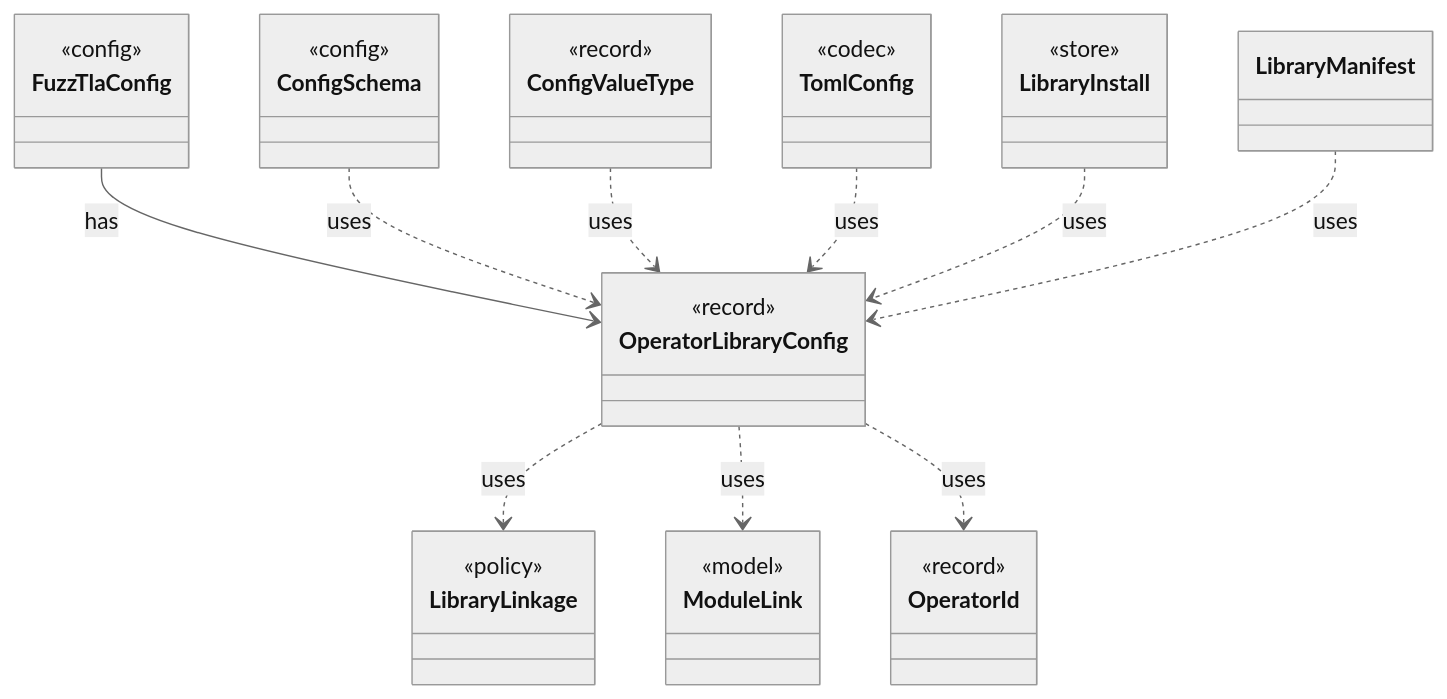
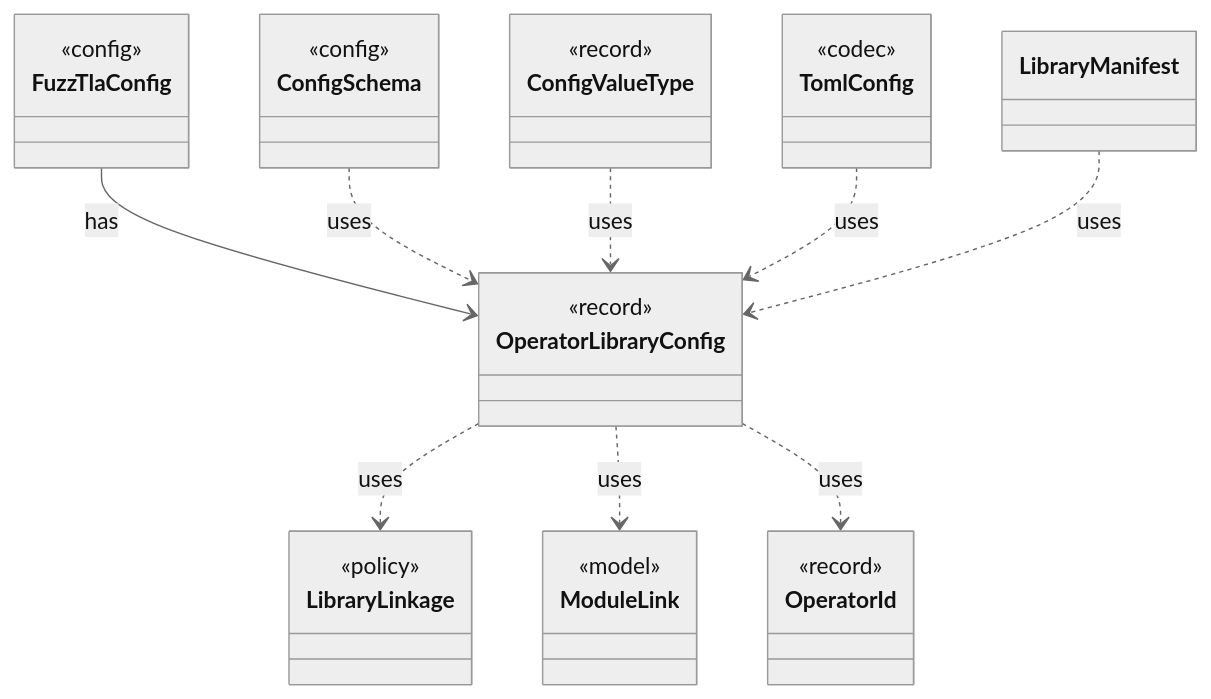
Before and after one commit to tlaplus/model-checker-hardening: the diagram in dev/types/io.github.tlaplus.hardening.config.OperatorLibraryConfig.md, drawn with Mermaid (neutral theme). The commit also changed other lines of this file and 413 other files, not shown here.

````diff
--- a/dev/types/io.github.tlaplus.hardening.config.OperatorLibraryConfig.md
+++ b/dev/types/io.github.tlaplus.hardening.config.OperatorLibraryConfig.md
@@ -7,40 +7,36 @@
 ```mermaid
 classDiagram
   class OperatorLibraryConfig {
     <<record>>
   }
   class FuzzTlaConfig {
     <<config>>
   }
   class LibraryLinkage {
     <<policy>>
   }
   class ModuleLink {
     <<model>>
   }
   class OperatorId {
     <<record>>
   }
   class ConfigSchema {
     <<config>>
   }
   class ConfigValueType {
     <<record>>
   }
   class TomlConfig {
     <<codec>>
   }
-  class LibraryInstall {
-    <<store>>
-  }
   class LibraryManifest
   FuzzTlaConfig --> OperatorLibraryConfig : has
   OperatorLibraryConfig ..> LibraryLinkage : uses
   OperatorLibraryConfig ..> ModuleLink : uses
   OperatorLibraryConfig ..> OperatorId : uses
   ConfigSchema ..> OperatorLibraryConfig : uses
   ConfigValueType ..> OperatorLibraryConfig : uses
   TomlConfig ..> OperatorLibraryConfig : uses
-  LibraryInstall ..> OperatorLibraryConfig : uses
   LibraryManifest ..> OperatorLibraryConfig : uses
 ```
````
